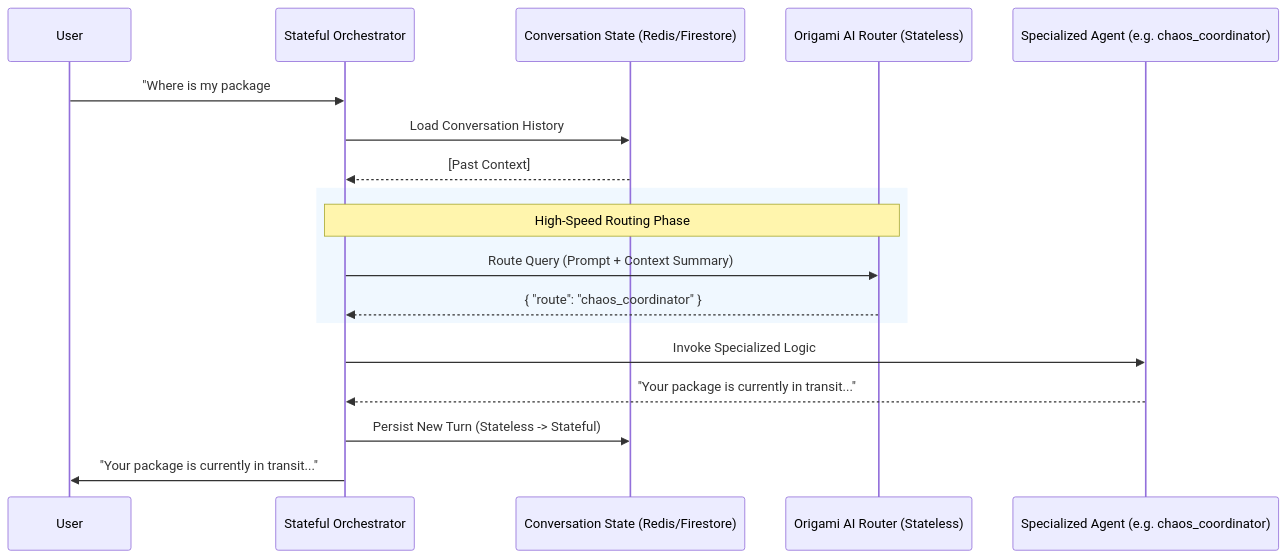
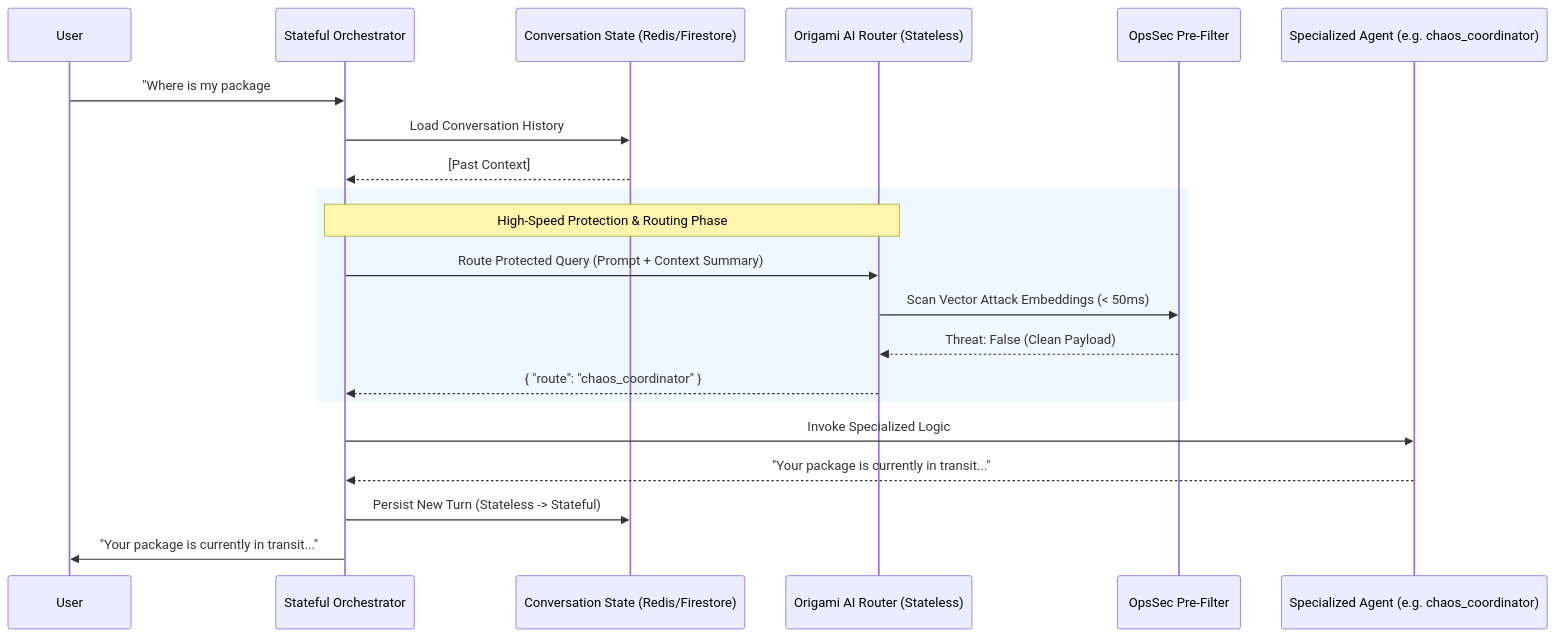
The diagram in docs/evaluations/performance-report.md (rrmcguinness/origami-ai-router), drawn with Mermaid before and after one commit. The commit also changed other lines of this file and 2 other files, not shown here.

````diff
--- a/docs/evaluations/performance-report.md
+++ b/docs/evaluations/performance-report.md
@@ -45,24 +48,27 @@
 ```mermaid
 sequenceDiagram
     participant U as User
     participant O as Stateful Orchestrator
     participant DB as Conversation State (Redis/Firestore)
     participant ER as Origami AI Router (Stateless)
+    participant Sec as OpsSec Pre-Filter
     participant SA as Specialized Agent (e.g. chaos_coordinator)
 
     U->>O: "Where is my package #88219?"
     O->>DB: Load Conversation History
     DB-->>O: [Past Context]
     
     rect rgb(240, 248, 255)
-    Note over O,ER: High-Speed Routing Phase
-    O->>ER: Route Query (Prompt + Context Summary)
+    Note over O,ER: High-Speed Protection & Routing Phase
+    O->>ER: Route Protected Query (Prompt + Context Summary)
+    ER->>Sec: Scan Vector Attack Embeddings (< 50ms)
+    Sec-->>ER: Threat: False (Clean Payload)
     ER-->>O: { "route": "chaos_coordinator" }
     end
 
     O->>SA: Invoke Specialized Logic
     SA-->>O: "Your package is currently in transit..."
     
     O->>DB: Persist New Turn (Stateless -> Stateful)
     O->>U: "Your package is currently in transit..."
 ```
````
